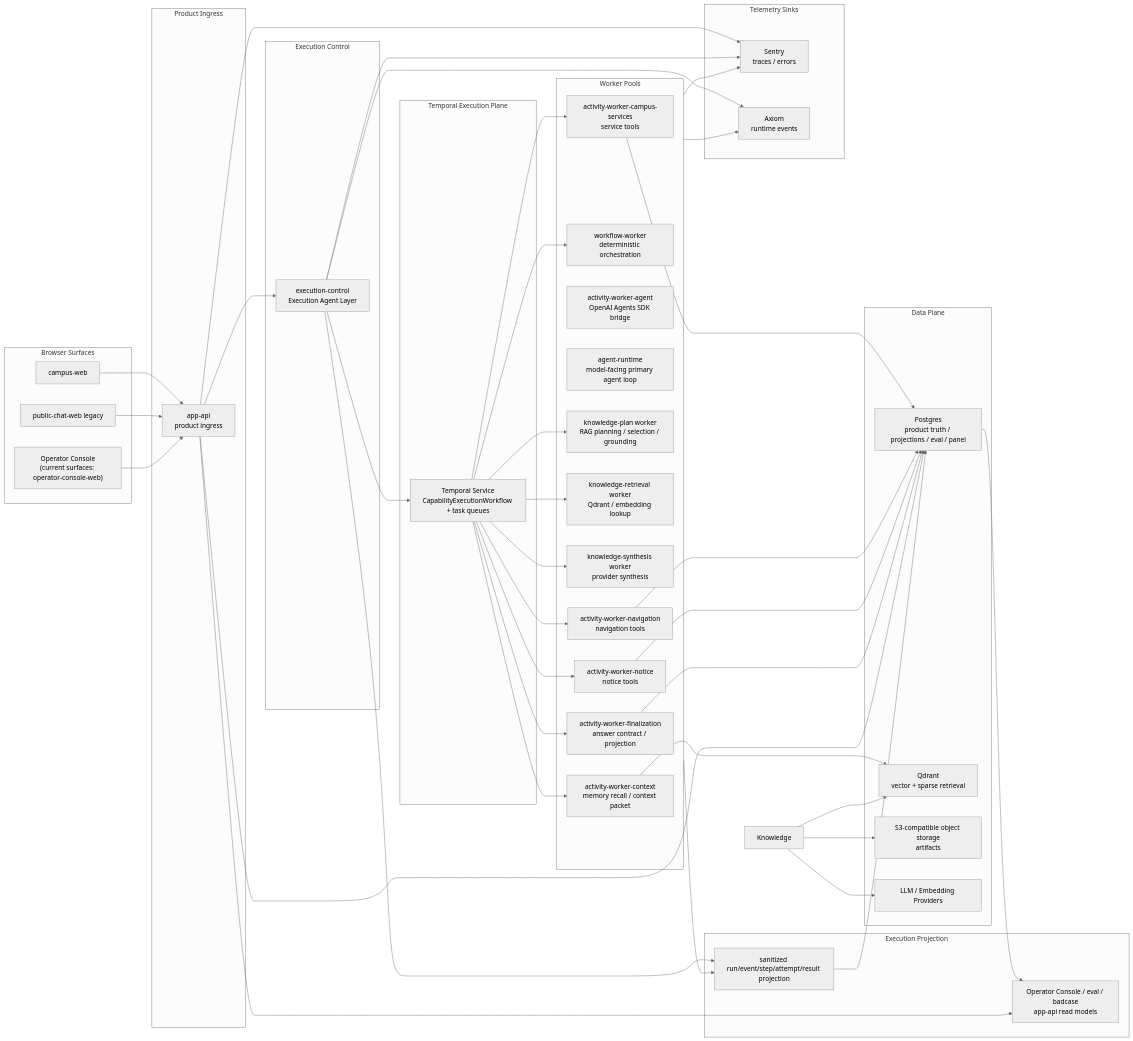
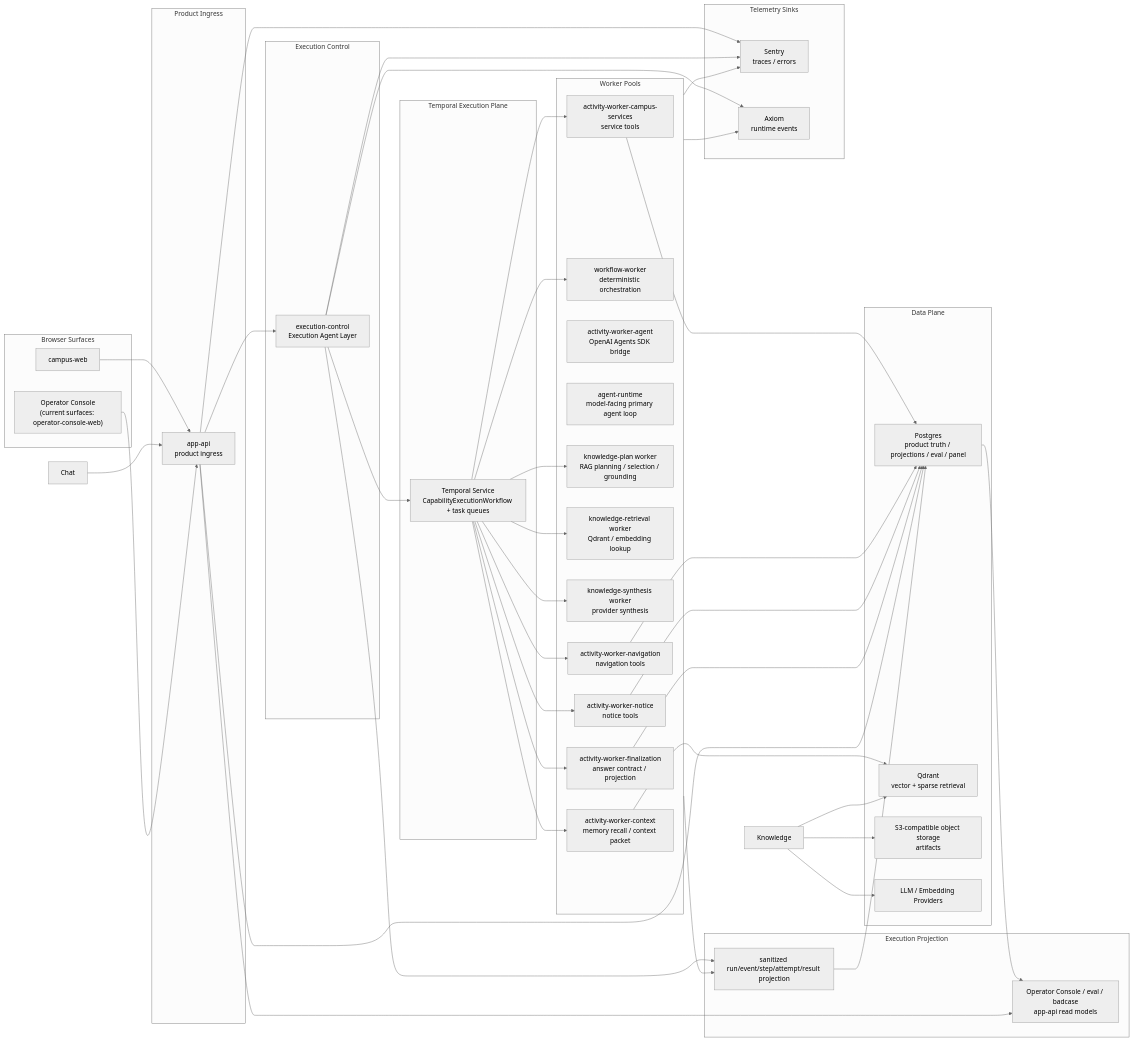
The diagram in docs/architecture/target-architecture.md (Luxfeier22331/campus-agent-main), drawn with Mermaid (neutral theme) before and after one commit. The commit also changed 500 other files, not shown here.

First line of the commit message:
refactor: 退役 public-chat-web 独立入口

```diff
--- a/docs/architecture/target-architecture.md
+++ b/docs/architecture/target-architecture.md
@@ -108,7 +108,6 @@
 flowchart LR
   subgraph Client["Browser Surfaces"]
     Campus["campus-web"]
-    Chat["public-chat-web legacy"]
     Panel["Operator Console\n(current surfaces: operator-console-web)"]
   end
 
```
